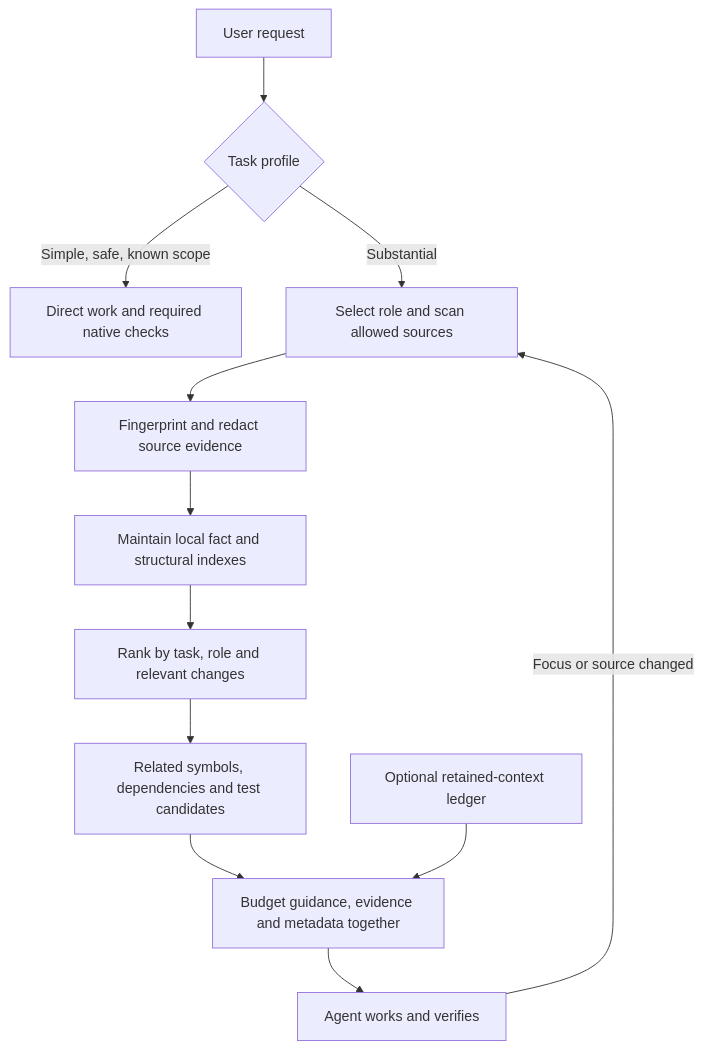
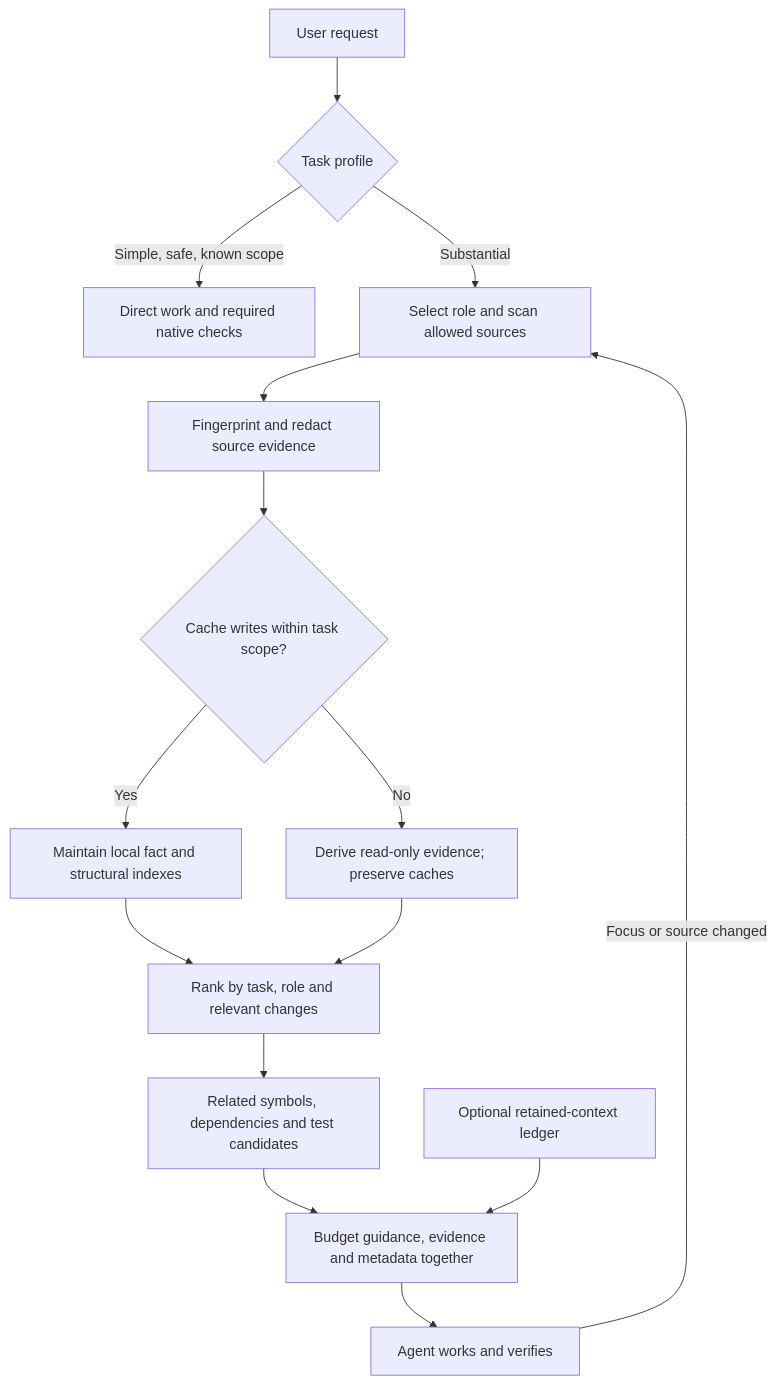
One commit to nahid-sparktales/agent-dispatcher changed the diagram in docs/project-intelligence.md. Above: the diagram before and after it, drawn with Mermaid. The commit also changed other lines of this file and 18 other files, not shown here.

Commit message:
fix: enforce task scope on automatic cache writes

````diff
--- a/docs/project-intelligence.md
+++ b/docs/project-intelligence.md
@@ -6,14 +6,17 @@
 ```mermaid
 flowchart TD
   T[User request] --> P{Task profile}
   P -->|Simple, safe, known scope| D[Direct work and required native checks]
   P -->|Substantial| S[Select role and scan allowed sources]
   S --> F[Fingerprint and redact source evidence]
-  F --> M[Maintain local fact and structural indexes]
+  F --> W{Cache writes within task scope?}
+  W -->|Yes| M[Maintain local fact and structural indexes]
+  W -->|No| V[Derive read-only evidence; preserve caches]
   M --> R[Rank by task, role and relevant changes]
+  V --> R
   R --> C[Related symbols, dependencies and test candidates]
   C --> B[Budget guidance, evidence and metadata together]
   B --> E[Agent works and verifies]
   E -->|Focus or source changed| S
   H[Optional retained-context ledger] --> B
 ```
````
